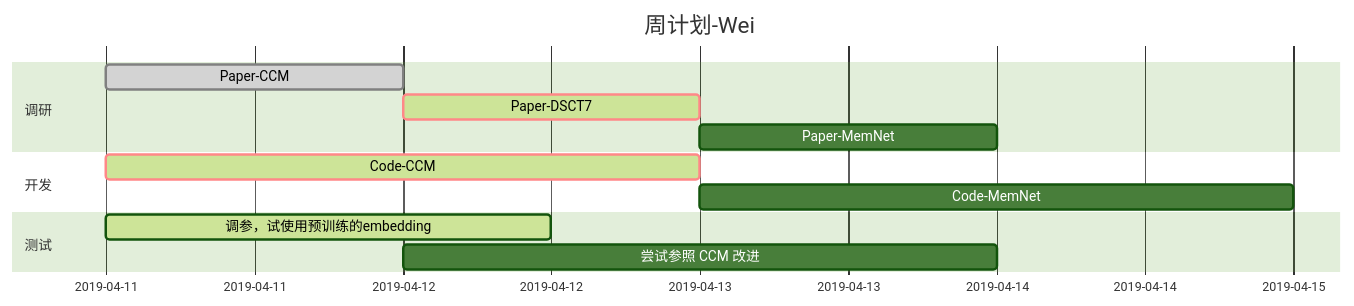
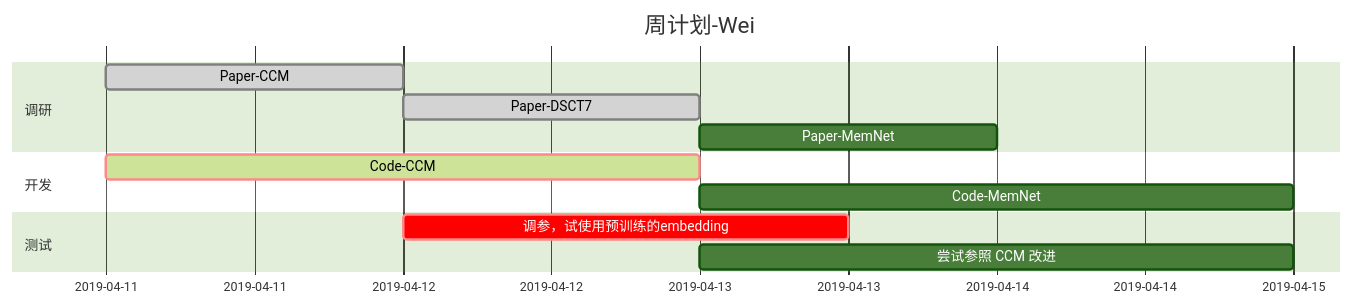
One commit to little-women/reading-list changed the first of 2 diagrams in Planner.md. Above: the diagram before and after it, drawn with Mermaid (forest theme). The commit also changed other lines of this file and 3 other files, not shown here.

````diff
--- a/Planner.md
+++ b/Planner.md
@@ -1,18 +1,18 @@
 ```mermaid
-gantt
+        gantt
         dateFormat  YYYY-MM-DD
         title 周计划-Wei
 
         section 调研
         Paper-CCM                      :done, paper1, 2019-04-11,1d
-        Paper-DSCT7                    :crit, active, paper2, after paper1, 1d
+        Paper-DSCT7                    :done, paper2, after paper1, 1d
         Paper-MemNet                   :paper3, after paper2, 1d
         
         section 开发
         Code-CCM                      :crit, active, 2019-04-11,2d
         Code-MemNet                   :after paper2, 2d
     
         section 测试
-        调参，试使用预训练的embedding       :active, 2019-04-11, 36h
-        尝试参照 CCM 改进                   :2019-04-12, 2d
+        调参，试使用预训练的embedding       :crit, after paper1, 36h
+        尝试参照 CCM 改进                   :after paper2, 2d
 ```
````
